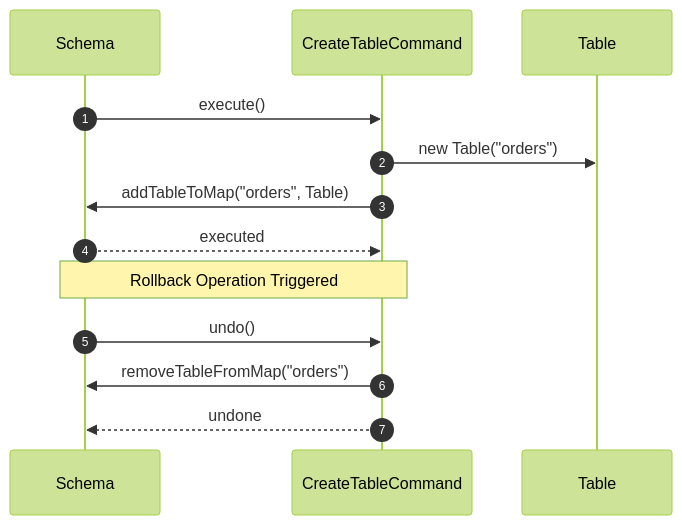
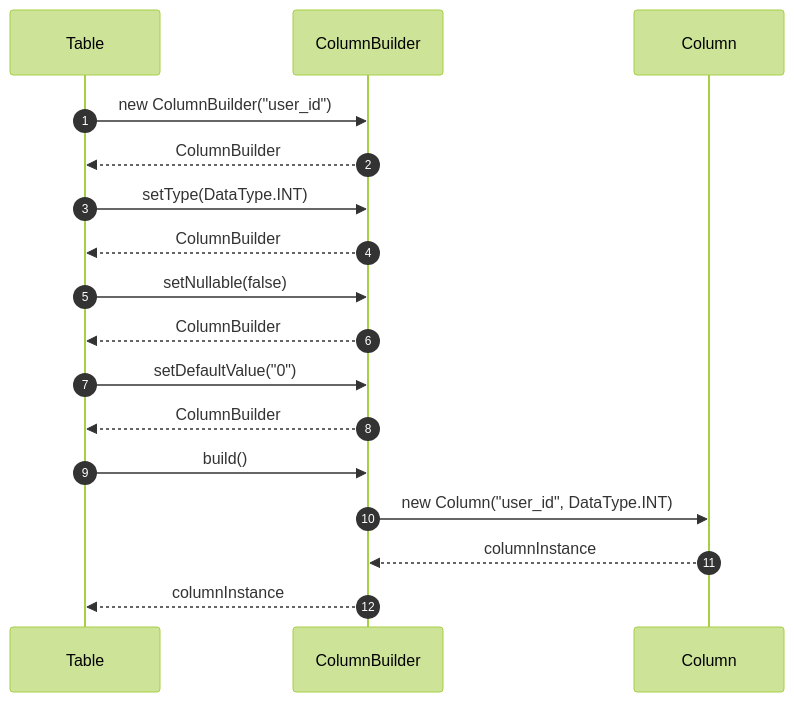
One commit to Dikhang1112/Database_Management_BBV changed the tenth of 15 diagrams in docs/design_patterns/metadata/Sequece.md. Above: the diagram before and after it, drawn with Mermaid (forest theme). The commit also changed other lines of this file and 2 other files, not shown here.

Commit message:
Refactor class diagram follow desgin pattern and document

````diff
--- a/docs/design_patterns/metadata/Sequece.md
+++ b/docs/design_patterns/metadata/Sequece.md
@@ -303,17 +236,20 @@
 ```mermaid
 sequenceDiagram
     autonumber
-    participant Schema as Schema
-    participant Cmd as CreateTableCommand
     participant Table as Table
+    participant CB as ColumnBuilder
+    participant Col as Column
 
-    Schema->>Cmd: execute()
-    Cmd->>Table: new Table("orders")
-    Cmd->>Schema: addTableToMap("orders", Table)
-    Schema-->>Cmd: executed
-
-    note over Schema, Cmd: Rollback Operation Triggered
-    Schema->>Cmd: undo()
-    Cmd->>Schema: removeTableFromMap("orders")
-    Cmd-->>Schema: undone
+    Table->>CB: new ColumnBuilder("user_id")
+    CB-->>Table: ColumnBuilder
+    Table->>CB: setType(DataType.INT)
+    CB-->>Table: ColumnBuilder
+    Table->>CB: setNullable(false)
+    CB-->>Table: ColumnBuilder
+    Table->>CB: setDefaultValue("0")
+    CB-->>Table: ColumnBuilder
+    Table->>CB: build()
+    CB->>Col: new Column("user_id", DataType.INT)
+    Col-->>CB: columnInstance
+    CB-->>Table: columnInstance
 ```
````
